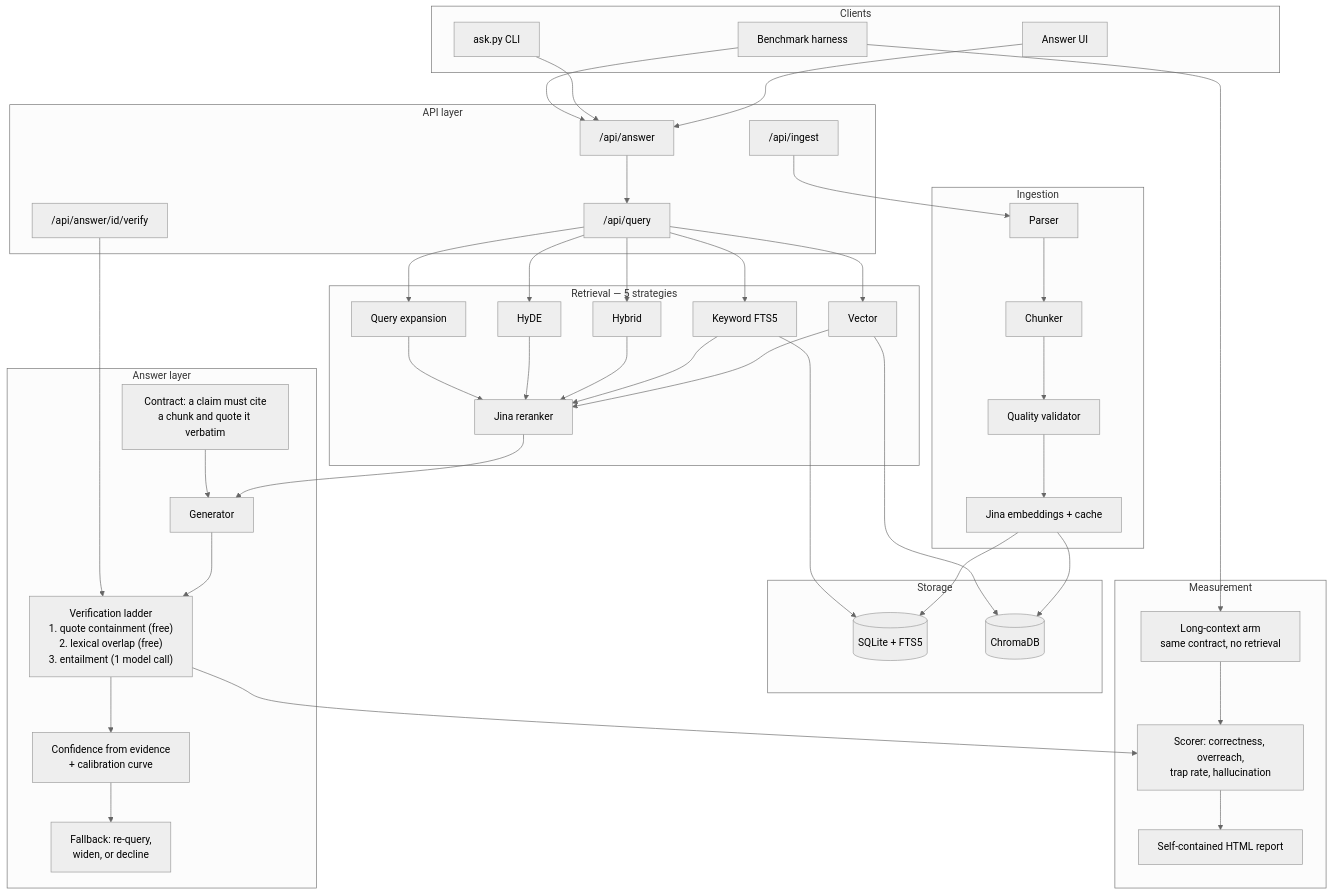
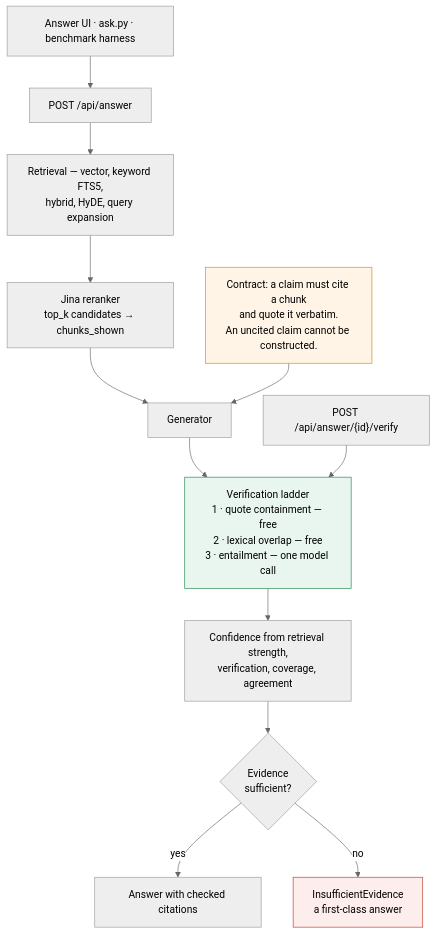
Before and after one commit to Emart29/ragwell: the first of 2 diagrams in README.md, drawn with Mermaid (neutral theme). The commit also changed other lines of this file, not shown here.

Commit message:
Split the architecture diagram so it is legible at README width
One diagram covering ingestion, retrieval, answering and measurement
rendered as a sprawl: the verify endpoint sat at the far left with an
edge crossing the whole width, and the answer layer was separated from
the reranker feeding it.

Two diagrams instead. The first is the request path as a single vertical
spine, ending in the branch that matters — an answer with checked
citations, or a decline. The second is ingestion and the benchmark arms.
Both were rendered and read before committing.

````diff
--- a/README.md
+++ b/README.md
@@ -160,72 +163,21 @@
 ```mermaid
 graph TB
-    subgraph Clients
-        UI[Answer UI]
-        ASK[ask.py CLI]
-        BENCH[Benchmark harness]
-    end
+    CLIENT["Answer UI · ask.py · benchmark harness"] --> ANSWER["POST /api/answer"]
+    ANSWER --> RETRIEVE["Retrieval — vector, keyword FTS5,<br/>hybrid, HyDE, query expansion"]
+    RETRIEVE --> RERANK["Jina reranker<br/>top_k candidates → chunks_shown"]
+    RERANK --> GEN[Generator]
 
-    subgraph API["API layer"]
-        ANSWER["/api/answer"]
-        VERIFY["/api/answer/id/verify"]
-        QUERY["/api/query"]
-        INGEST["/api/ingest"]
-    end
+    CONTRACT["Contract: a claim must cite a chunk<br/>and quote it verbatim.<br/>An uncited claim cannot be constructed."] --> GEN
 
-    subgraph Ingestion
-        PARSE[Parser] --> CHUNK[Chunker]
-        CHUNK --> VALID[Quality validator]
-        VALID --> EMBED[Jina embeddings + cache]
-    end
+    GEN --> LADDER["Verification ladder<br/>1 · quote containment — free<br/>2 · lexical overlap — free<br/>3 · entailment — one model call"]
+    LADDER --> CONF["Confidence from retrieval strength,<br/>verification, coverage, agreement"]
+    CONF --> DECIDE{"Evidence<br/>sufficient?"}
+    DECIDE -->|yes| OUT["Answer with checked citations"]
+    DECIDE -->|no| DECLINE["InsufficientEvidence<br/>a first-class answer"]
 
-    subgraph Retrieval["Retrieval — 5 strategies"]
-        VEC[Vector]
-        KEY[Keyword FTS5]
-        HYB[Hybrid]
-        HYDE[HyDE]
-        EXP[Query expansion]
-        RERANK[Jina reranker]
-    end
+    VERIFY["POST /api/answer/{id}/verify"] --> LADDER
 
-    subgraph Answer["Answer layer"]
-        CONTRACT["Contract: a claim must cite<br/>a chunk and quote it verbatim"]
-        GEN[Generator]
-        LADDER["Verification ladder<br/>1. quote containment (free)<br/>2. lexical overlap (free)<br/>3. entailment (1 model call)"]
-        CONF["Confidence from evidence<br/>+ calibration curve"]
-        FALLBACK["Fallback: re-query,<br/>widen, or decline"]
-    end
-
-    subgraph Storage
-        SQLITE[(SQLite + FTS5)]
-        CHROMA[(ChromaDB)]
-    end
-
-    subgraph Measurement
-        LONGCTX["Long-context arm<br/>same contract, no retrieval"]
-        SCORE["Scorer: correctness, overreach,<br/>trap rate, hallucination"]
-        REPORT[Self-contained HTML report]
-    end
-
-    UI --> ANSWER
-    ASK --> ANSWER
-    BENCH --> ANSWER
-    BENCH --> LONGCTX
-    ANSWER --> QUERY
-    QUERY --> VEC & KEY & HYB & HYDE & EXP
-    VEC & KEY & HYB & HYDE & EXP --> RERANK
-    RERANK --> GEN
-    CONTRACT --> GEN
-    GEN --> LADDER
-    LADDER --> CONF
-    CONF --> FALLBACK
-    VERIFY --> LADDER
-
-    INGEST --> PARSE
-    EMBED --> SQLITE & CHROMA
-    VEC --> CHROMA
-    KEY --> SQLITE
-
-    LONGCTX --> SCORE
-    LADDER --> SCORE
-    SCORE --> REPORT
+    style CONTRACT fill:#fff4e5,stroke:#d68910
+    style LADDER fill:#e8f6ef,stroke:#1e8449
+    style DECLINE fill:#fdedec,stroke:#c0392b
 ```
````
